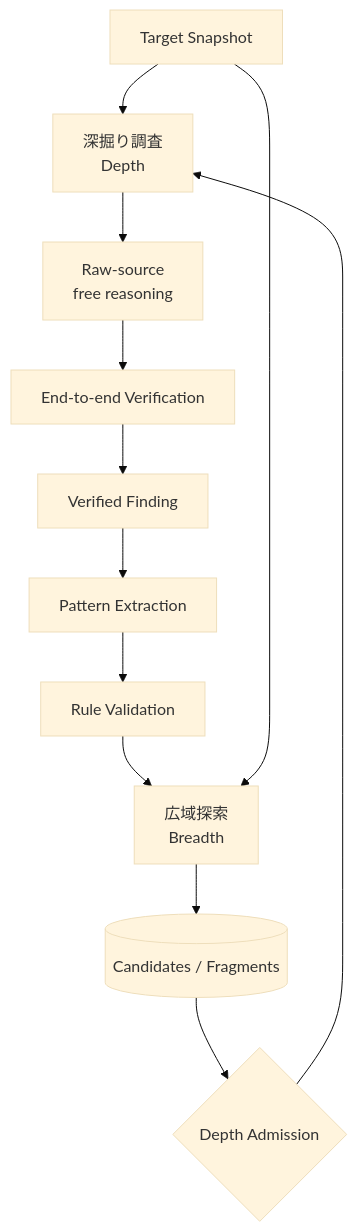
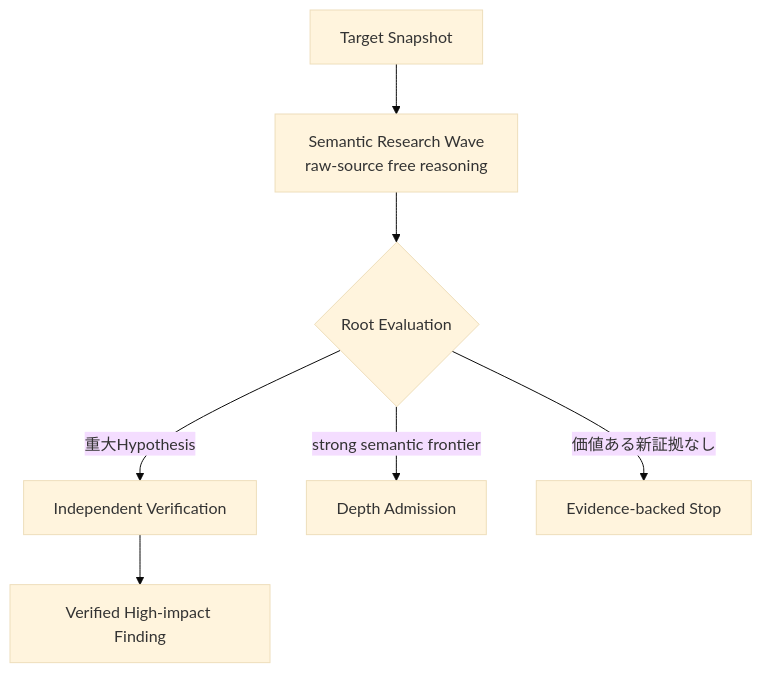
One commit to momoponwork1415-lgtm/wordpress-harness changed the first of 4 diagrams in docs/design/architecture/breadth-depth-research-loop.md. Above: the diagram before and after it, drawn with Mermaid (base theme). The commit also changed other lines of this file, not shown here.

Commit message:
Separate semantic research from conditional depth and later breadth

````diff
--- a/docs/design/architecture/breadth-depth-research-loop.md
+++ b/docs/design/architecture/breadth-depth-research-loop.md
@@ -11,18 +11,15 @@
 ```mermaid
 flowchart TB
     target["Target Snapshot"]
-    deep["深掘り調査<br/>Depth"]
-    reason["Raw-source<br/>free reasoning"]
-    verify["End-to-end Verification"]
-    finding["Verified Finding"]
-    pattern["Pattern Extraction"]
-    rule["Rule Validation"]
-    broad["広域探索<br/>Breadth"]
-    fragments[("Candidates / Fragments")]
-    admission{"Depth Admission"}
+    semantic["Semantic Research Wave<br/>raw-source free reasoning"]
+    decision{"Root Evaluation"}
+    verify["Independent Verification"]
+    depth["Depth Admission"]
+    stop["Evidence-backed Stop"]
+    finding["Verified High-impact Finding"]
 
-    target --> deep --> reason --> verify --> finding
-    finding --> pattern --> rule --> broad
-    broad --> fragments --> admission --> deep
-    target --> broad
+    target --> semantic --> decision
+    decision -->|"重大Hypothesis"| verify --> finding
+    decision -->|"strong semantic frontier"| depth
+    decision -->|"価値ある新証拠なし"| stop
 ```
````
